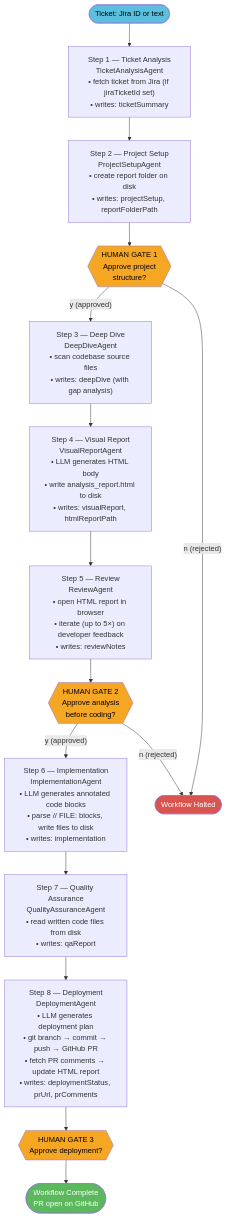
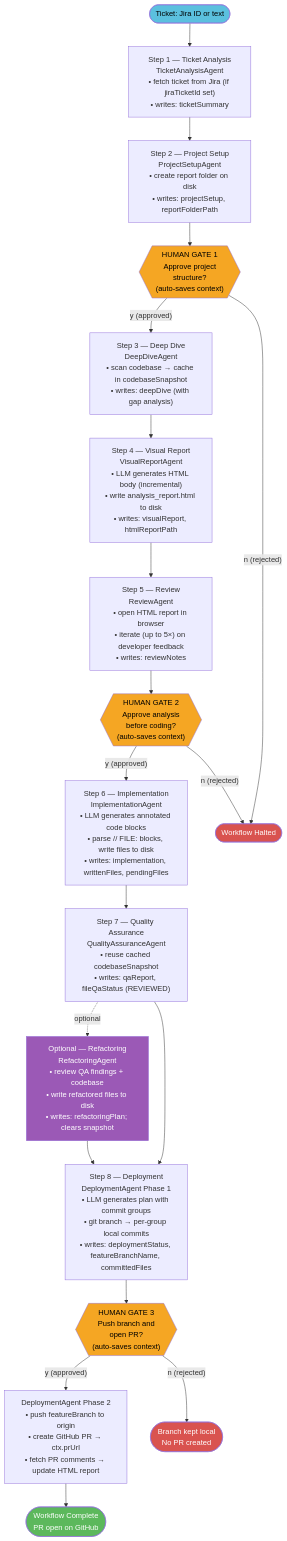
The second of 10 diagrams in AI Agents/setup/ARCHITECTURE.md (JAVA-MSDT/Epam-POC), drawn with Mermaid before and after one commit. The commit also changed other lines of this file and 2 other files, not shown here.

Commit message:
Updating the md files to reflect the latest status of the project

````diff
--- a/AI Agents/setup/ARCHITECTURE.md
+++ b/AI Agents/setup/ARCHITECTURE.md
@@ -133,34 +140,44 @@
 ```mermaid
 flowchart TD
     START([Ticket: Jira ID or text])
 
     S1["Step 1 — Ticket Analysis\nTicketAnalysisAgent\n• fetch ticket from Jira (if jiraTicketId set)\n• writes: ticketSummary"]
     S2["Step 2 — Project Setup\nProjectSetupAgent\n• create report folder on disk\n• writes: projectSetup, reportFolderPath"]
-    G1{{"HUMAN GATE 1\nApprove project\nstructure?"}}
-    S3["Step 3 — Deep Dive\nDeepDiveAgent\n• scan codebase source files\n• writes: deepDive (with gap analysis)"]
-    S4["Step 4 — Visual Report\nVisualReportAgent\n• LLM generates HTML body\n• write analysis_report.html to disk\n• writes: visualReport, htmlReportPath"]
+    G1{{"HUMAN GATE 1\nApprove project\nstructure?\n(auto-saves context)"}}
+    S3["Step 3 — Deep Dive\nDeepDiveAgent\n• scan codebase → cache in codebaseSnapshot\n• writes: deepDive (with gap analysis)"]
+    S4["Step 4 — Visual Report\nVisualReportAgent\n• LLM generates HTML body (incremental)\n• write analysis_report.html to disk\n• writes: visualReport, htmlReportPath"]
     S5["Step 5 — Review\nReviewAgent\n• open HTML report in browser\n• iterate (up to 5×) on developer feedback\n• writes: reviewNotes"]
-    G2{{"HUMAN GATE 2\nApprove analysis\nbefore coding?"}}
-    S6["Step 6 — Implementation\nImplementationAgent\n• LLM generates annotated code blocks\n• parse // FILE: blocks, write files to disk\n• writes: implementation"]
-    S7["Step 7 — Quality Assurance\nQualityAssuranceAgent\n• read written code files from disk\n• writes: qaReport"]
-    S8["Step 8 — Deployment\nDeploymentAgent\n• LLM generates deployment plan\n• git branch → commit → push → GitHub PR\n• fetch PR comments → update HTML report\n• writes: deploymentStatus, prUrl, prComments"]
-    G3{{"HUMAN GATE 3\nApprove deployment?"}}
+    G2{{"HUMAN GATE 2\nApprove analysis\nbefore coding?\n(auto-saves context)"}}
+    S6["Step 6 — Implementation\nImplementationAgent\n• LLM generates annotated code blocks\n• parse // FILE: blocks, write files to disk\n• writes: implementation, writtenFiles, pendingFiles"]
+    S7["Step 7 — Quality Assurance\nQualityAssuranceAgent\n• reuse cached codebaseSnapshot\n• writes: qaReport, fileQaStatus (REVIEWED)"]
+    SREF["Optional — Refactoring\nRefactoringAgent\n• review QA findings + codebase\n• write refactored files to disk\n• writes: refactoringPlan; clears snapshot"]
+    S8["Step 8 — Deployment\nDeploymentAgent Phase 1\n• LLM generates plan with commit groups\n• git branch → per-group local commits\n• writes: deploymentStatus, featureBranchName, committedFiles"]
+    G3{{"HUMAN GATE 3\nPush branch and\nopen PR?\n(auto-saves context)"}}
+    S8B["DeploymentAgent Phase 2\n• push featureBranch to origin\n• create GitHub PR → ctx.prUrl\n• fetch PR comments → update HTML report"]
     END([Workflow Complete\nPR open on GitHub])
     HALT([Workflow Halted])
+    NOPR([Branch kept local\nNo PR created])
 
     START --> S1 --> S2 --> G1
     G1 -- "y (approved)" --> S3
     G1 -- "n (rejected)" --> HALT
     S3 --> S4 --> S5 --> G2
     G2 -- "y (approved)" --> S6
     G2 -- "n (rejected)" --> HALT
-    S6 --> S7 --> S8 --> G3
-    G3 --> END
+    S6 --> S7
+    S7 -.->|optional| SREF
+    SREF --> S8
+    S7 --> S8
+    S8 --> G3
+    G3 -- "y (approved)" --> S8B --> END
+    G3 -- "n (rejected)" --> NOPR
 
     style G1 fill:#f5a623,color:#000
     style G2 fill:#f5a623,color:#000
     style G3 fill:#f5a623,color:#000
     style HALT fill:#d9534f,color:#fff
+    style NOPR fill:#d9534f,color:#fff
     style END fill:#5cb85c,color:#fff
     style START fill:#5bc0de,color:#000
+    style SREF fill:#9b59b6,color:#fff
 ```
````
